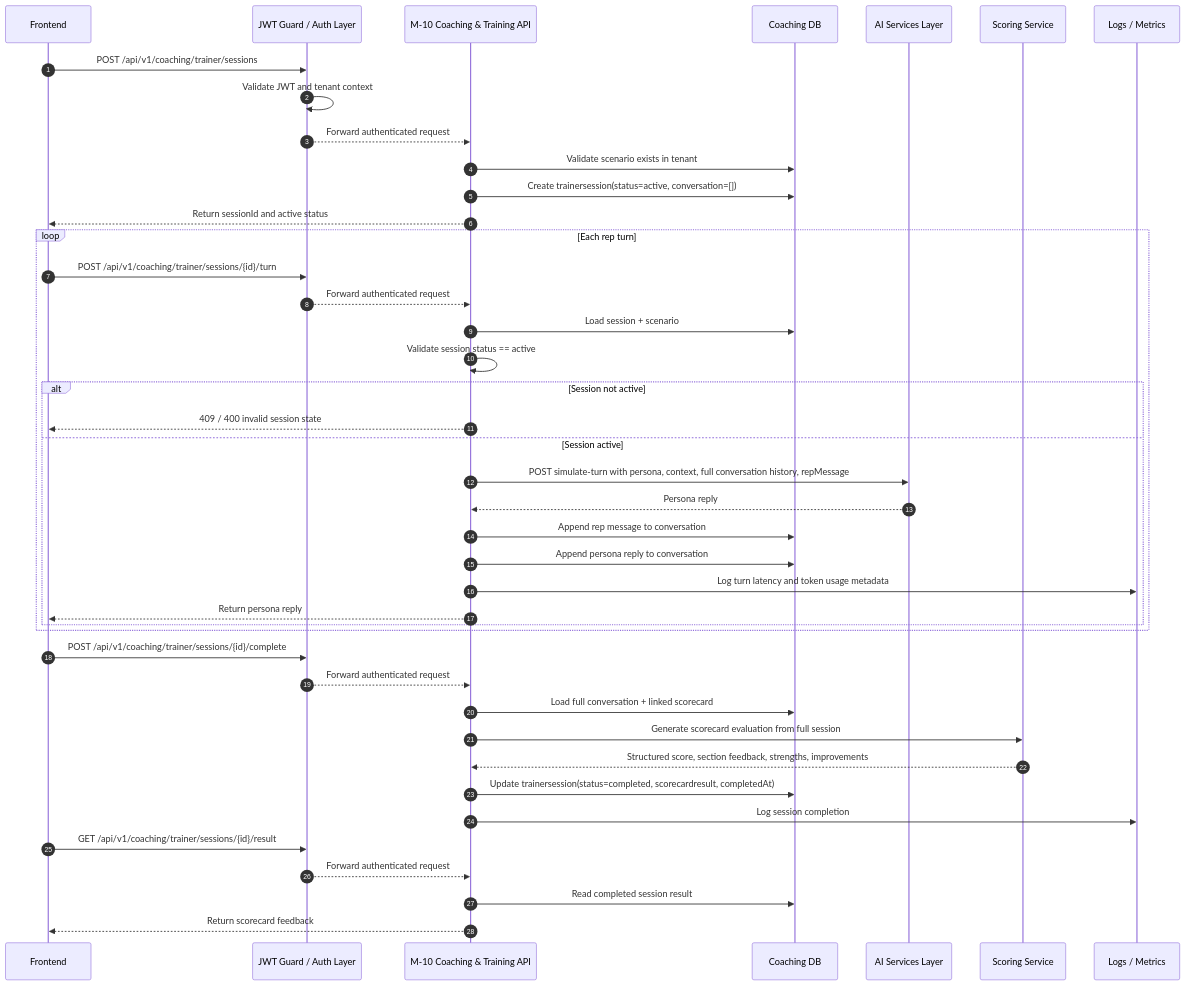
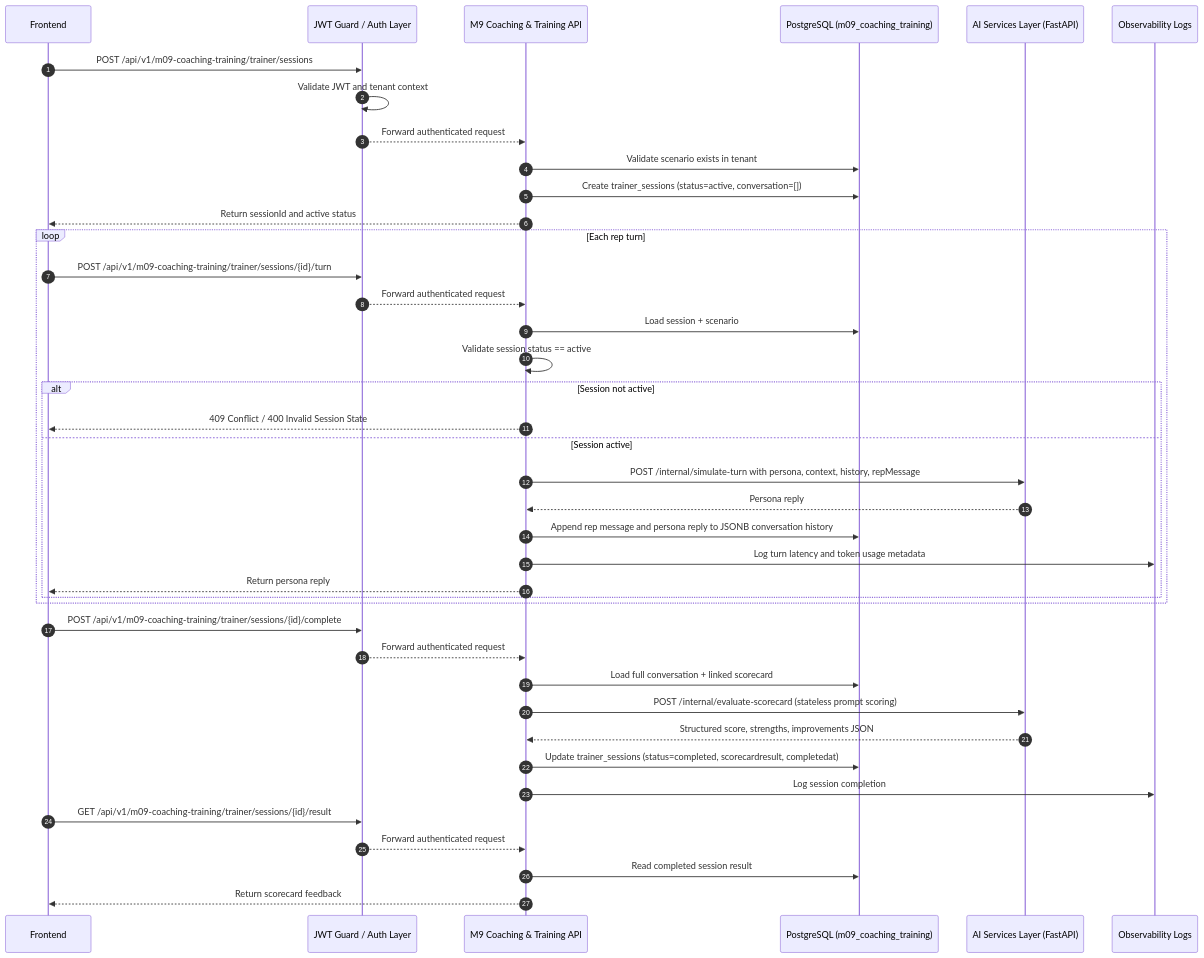
One commit to PoojaTiwari09/FB-and-RP-Fixes changed the third of 4 diagrams in Reference documents/M9 Coaching & Training/Sequence Diagrams-M9 flows.md. Above: the diagram before and after it, drawn with Mermaid. The commit also changed other lines of this file and 79 other files, not shown here.

````diff
--- a/Reference documents/M9 Coaching & Training/Sequence Diagrams-M9 flows.md
+++ b/Reference documents/M9 Coaching & Training/Sequence Diagrams-M9 flows.md
@@ -160,50 +150,48 @@
 ```mermaid
 sequenceDiagram
     autonumber
     participant UI as Frontend
     participant AUTH as JWT Guard / Auth Layer
-    participant M10 as M-10 Coaching & Training API
-    participant DB as Coaching DB
-    participant AI as AI Services Layer
-    participant SCORE as Scoring Service
-    participant LOG as Logs / Metrics
+    participant M09 as M9 Coaching & Training API
+    participant DB as PostgreSQL (m09_coaching_training)
+    participant AI as AI Services Layer (FastAPI)
+    participant LOG as Observability Logs
 
-    UI->>AUTH: POST /api/v1/coaching/trainer/sessions
+    UI->>AUTH: POST /api/v1/m09-coaching-training/trainer/sessions
     AUTH->>AUTH: Validate JWT and tenant context
-    AUTH-->>M10: Forward authenticated request
+    AUTH-->>M09: Forward authenticated request
 
-    M10->>DB: Validate scenario exists in tenant
-    M10->>DB: Create trainersession(status=active, conversation=[])
-    M10-->>UI: Return sessionId and active status
+    M09->>DB: Validate scenario exists in tenant
+    M09->>DB: Create trainer_sessions (status=active, conversation=[])
+    M09-->>UI: Return sessionId and active status
 
     loop Each rep turn
-        UI->>AUTH: POST /api/v1/coaching/trainer/sessions/{id}/turn
-        AUTH-->>M10: Forward authenticated request
-        M10->>DB: Load session + scenario
-        M10->>M10: Validate session status == active
+        UI->>AUTH: POST /api/v1/m09-coaching-training/trainer/sessions/{id}/turn
+        AUTH-->>M09: Forward authenticated request
+        M09->>DB: Load session + scenario
+        M09->>M09: Validate session status == active
 
         alt Session not active
-            M10-->>UI: 409 / 400 invalid session state
+            M09-->>UI: 409 Conflict / 400 Invalid Session State
         else Session active
-            M10->>AI: POST simulate-turn with persona, context, full conversation history, repMessage
-            AI-->>M10: Persona reply
-            M10->>DB: Append rep message to conversation
-            M10->>DB: Append persona reply to conversation
-            M10->>LOG: Log turn latency and token usage metadata
-            M10-->>UI: Return persona reply
+            M09->>AI: POST /internal/simulate-turn with persona, context, history, repMessage
+            AI-->>M09: Persona reply
+            M09->>DB: Append rep message and persona reply to JSONB conversation history
+            M09->>LOG: Log turn latency and token usage metadata
+            M09-->>UI: Return persona reply
         end
     end
 
-    UI->>AUTH: POST /api/v1/coaching/trainer/sessions/{id}/complete
-    AUTH-->>M10: Forward authenticated request
-    M10->>DB: Load full conversation + linked scorecard
-    M10->>SCORE: Generate scorecard evaluation from full session
-    SCORE-->>M10: Structured score, section feedback, strengths, improvements
-    M10->>DB: Update trainersession(status=completed, scorecardresult, completedAt)
-    M10->>LOG: Log session completion
+    UI->>AUTH: POST /api/v1/m09-coaching-training/trainer/sessions/{id}/complete
+    AUTH-->>M09: Forward authenticated request
+    M09->>DB: Load full conversation + linked scorecard
+    M09->>AI: POST /internal/evaluate-scorecard (stateless prompt scoring)
+    AI-->>M09: Structured score, strengths, improvements JSON
+    M09->>DB: Update trainer_sessions (status=completed, scorecardresult, completedat)
+    M09->>LOG: Log session completion
 
-    UI->>AUTH: GET /api/v1/coaching/trainer/sessions/{id}/result
-    AUTH-->>M10: Forward authenticated request
-    M10->>DB: Read completed session result
-    M10-->>UI: Return scorecard feedback
+    UI->>AUTH: GET /api/v1/m09-coaching-training/trainer/sessions/{id}/result
+    AUTH-->>M09: Forward authenticated request
+    M09->>DB: Read completed session result
+    M09-->>UI: Return scorecard feedback
 ```
````
